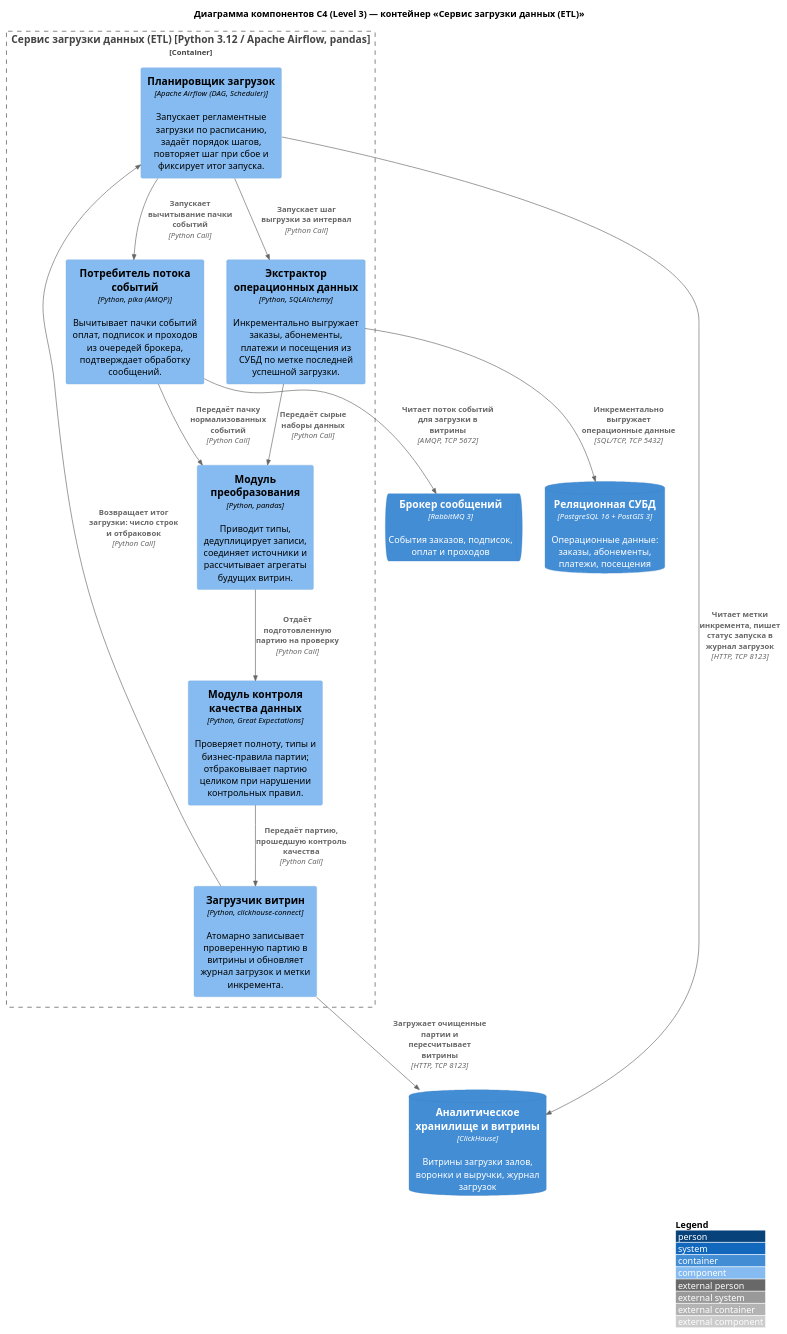
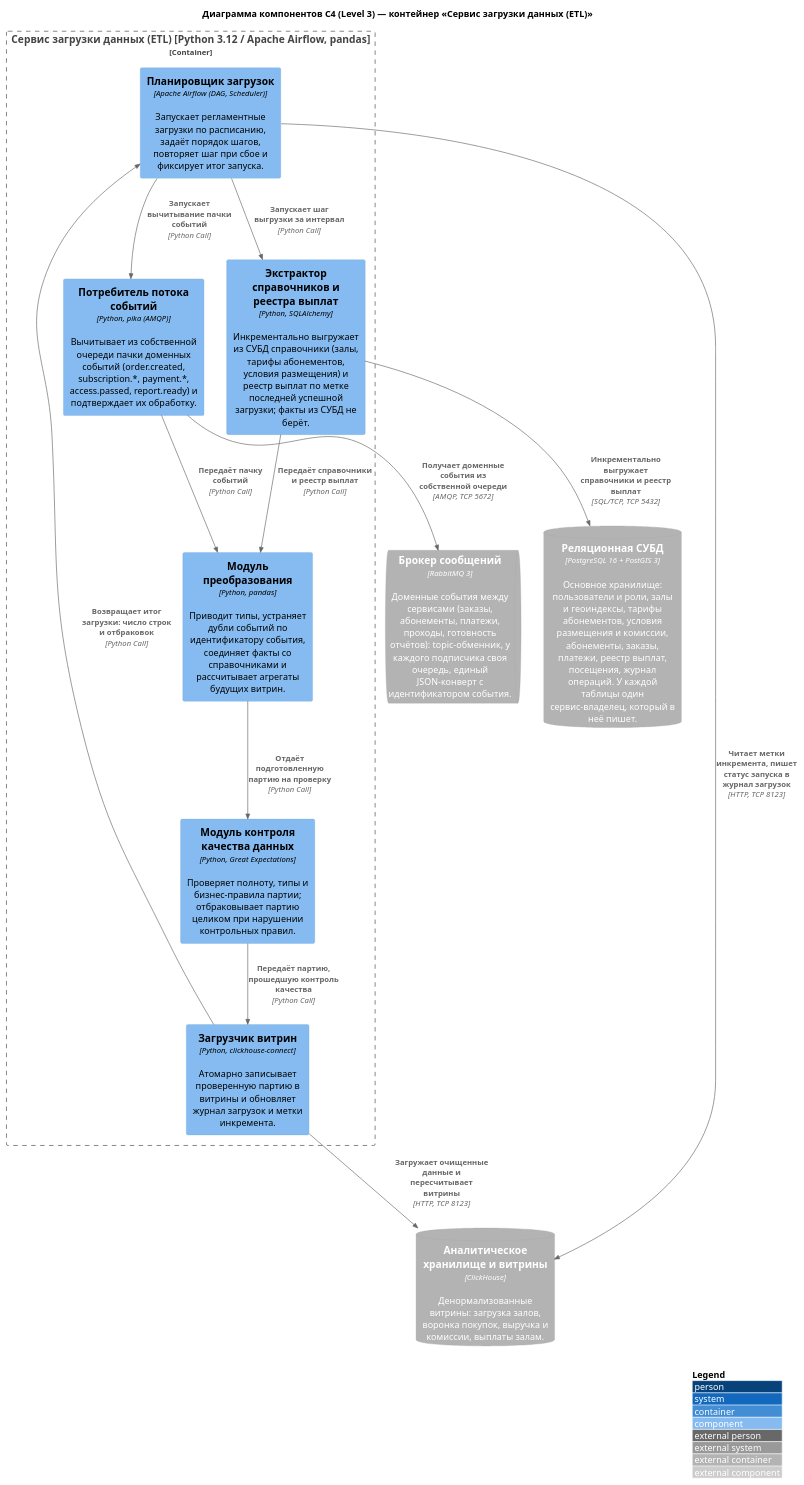
One commit to lamtfey11/ISIT-project-gym-aggregator changed the diagram in src/local/erenmari/L3_etl_analyst.puml. Above: the diagram before and after it, drawn with PlantUML. The commit also changed 1 other file, not shown here.

```diff
--- a/src/local/erenmari/L3_etl_analyst.puml
+++ b/src/local/erenmari/L3_etl_analyst.puml
@@ -1,50 +1,45 @@
 @startuml "Fitness Aggregator - ETL Service Components (Analyst)"
 !include https://raw.githubusercontent.com/plantuml-stdlib/C4-PlantUML/master/C4_Component.puml
 
 LAYOUT_WITH_LEGEND()
 
 title Диаграмма компонентов C4 (Level 3) — контейнер «Сервис загрузки данных (ETL)»
 
 ' ==== ДЕКОМПОЗИРУЕМЫЙ КОНТЕЙНЕР ====
 Container_Boundary(etl_service, "Сервис загрузки данных (ETL) [Python 3.12 / Apache Airflow, pandas]") {
 
   ' ---- Слой оркестрации ----
   Component(dag_scheduler, "Планировщик загрузок", "Apache Airflow (DAG, Scheduler)", "Запускает регламентные загрузки по расписанию, задаёт порядок шагов, повторяет шаг при сбое и фиксирует итог запуска.")
 
   ' ---- Слой извлечения данных ----
-  Component(db_extractor, "Экстрактор операционных данных", "Python, SQLAlchemy", "Инкрементально выгружает заказы, абонементы, платежи и посещения из СУБД по метке последней успешной загрузки.")
-  Component(event_consumer, "Потребитель потока событий", "Python, pika (AMQP)", "Вычитывает пачки событий оплат, подписок и проходов из очередей брокера, подтверждает обработку сообщений.")
+  Component(db_extractor, "Экстрактор справочников и реестра выплат", "Python, SQLAlchemy", "Инкрементально выгружает из СУБД справочники (залы, тарифы абонементов, условия размещения) и реестр выплат по метке последней успешной загрузки; факты из СУБД не берёт.")
+  Component(event_consumer, "Потребитель потока событий", "Python, pika (AMQP)", "Вычитывает из собственной очереди пачки доменных событий (order.created, subscription.*, payment.*, access.passed, report.ready) и подтверждает их обработку.")
 
   ' ---- Слой преобразования и контроля качества ----
-  Component(transform_engine, "Модуль преобразования", "Python, pandas", "Приводит типы, дедуплицирует записи, соединяет источники и рассчитывает агрегаты будущих витрин.")
+  Component(transform_engine, "Модуль преобразования", "Python, pandas", "Приводит типы, устраняет дубли событий по идентификатору события, соединяет факты со справочниками и рассчитывает агрегаты будущих витрин.")
   Component(dq_validator, "Модуль контроля качества данных", "Python, Great Expectations", "Проверяет полноту, типы и бизнес-правила партии; отбраковывает партию целиком при нарушении контрольных правил.")
 
   ' ---- Слой загрузки ----
   Component(mart_loader, "Загрузчик витрин", "Python, clickhouse-connect", "Атомарно записывает проверенную партию в витрины и обновляет журнал загрузок и метки инкремента.")
 }
 
-' ==== ВНЕШНИЕ ПО ОТНОШЕНИЮ К КОНТЕЙНЕРУ ХРАНИЛИЩА (нижний ярус) ====
-ContainerDb(database, "Реляционная СУБД", "PostgreSQL 16 + PostGIS 3", "Операционные данные: заказы, абонементы, платежи, посещения")
-ContainerQueue(message_broker, "Брокер сообщений", "RabbitMQ 3", "События заказов, подписок, оплат и проходов")
-ContainerDb(dwh, "Аналитическое хранилище и витрины", "ClickHouse", "Витрины загрузки залов, воронки и выручки, журнал загрузок")
-
+' ==== ВНЕШНИЕ ПО ОТНОШЕНИЮ К КОНТЕЙНЕРУ ХРАНИЛИЩА (нижний ярус, описания совпадают со сводной диаграммой контейнеров) ====
+ContainerDb_Ext(database, "Реляционная СУБД", "PostgreSQL 16 + PostGIS 3", "Основное хранилище: пользователи и роли, залы и геоиндексы, тарифы абонементов, условия размещения и комиссии, абонементы, заказы, платежи, реестр выплат, посещения, журнал операций. У каждой таблицы один сервис-владелец, который в неё пишет.")
+ContainerQueue_Ext(message_broker, "Брокер сообщений", "RabbitMQ 3", "Доменные события между сервисами (заказы, абонементы, платежи, проходы, готовность отчётов): topic-обменник, у каждого подписчика своя очередь, единый JSON-конверт с идентификатором события.")
+ContainerDb_Ext(dwh, "Аналитическое хранилище и витрины", "ClickHouse", "Денормализованные витрины: загрузка залов, воронка покупок, выручка и комиссии, выплаты залам.")
 ' ==== ВНУТРИПРОЦЕССНЫЕ ВЫЗОВЫ (единое адресное пространство) ====
 Rel(dag_scheduler, db_extractor, "Запускает шаг выгрузки за интервал", "Python Call")
 Rel(dag_scheduler, event_consumer, "Запускает вычитывание пачки событий", "Python Call")
-Rel(db_extractor, transform_engine, "Передаёт сырые наборы данных", "Python Call")
-Rel(event_consumer, transform_engine, "Передаёт пачку нормализованных событий", "Python Call")
+Rel(db_extractor, transform_engine, "Передаёт справочники и реестр выплат", "Python Call")
+Rel(event_consumer, transform_engine, "Передаёт пачку событий", "Python Call")
 Rel(transform_engine, dq_validator, "Отдаёт подготовленную партию на проверку", "Python Call")
 Rel(dq_validator, mart_loader, "Передаёт партию, прошедшую контроль качества", "Python Call")
 Rel(mart_loader, dag_scheduler, "Возвращает итог загрузки: число строк и отбраковок", "Python Call")
 
 ' ==== СЕТЕВЫЕ СВЯЗИ КОМПОНЕНТОВ С ХРАНИЛИЩАМИ ====
-Rel(db_extractor, database, "Инкрементально выгружает операционные данные", "SQL/TCP, TCP 5432")
-Rel(event_consumer, message_broker, "Читает поток событий для загрузки в витрины", "AMQP, TCP 5672")
-Rel(mart_loader, dwh, "Загружает очищенные партии и пересчитывает витрины", "HTTP, TCP 8123")
+Rel(db_extractor, database, "Инкрементально выгружает справочники и реестр выплат", "SQL/TCP, TCP 5432")
+Rel(event_consumer, message_broker, "Получает доменные события из собственной очереди", "AMQP, TCP 5672")
+Rel(mart_loader, dwh, "Загружает очищенные данные и пересчитывает витрины", "HTTP, TCP 8123")
 Rel(dag_scheduler, dwh, "Читает метки инкремента, пишет статус запуска в журнал загрузок", "HTTP, TCP 8123")
 
-' ==== ОПЦИОНАЛЬНО: фиксация раскладки (раскомментировать, если преподаватель разрешит Lay_*) ====
-' Lay_L(mart_loader, database)
-' Lay_R(mart_loader, dwh)
-
 @enduml
```
